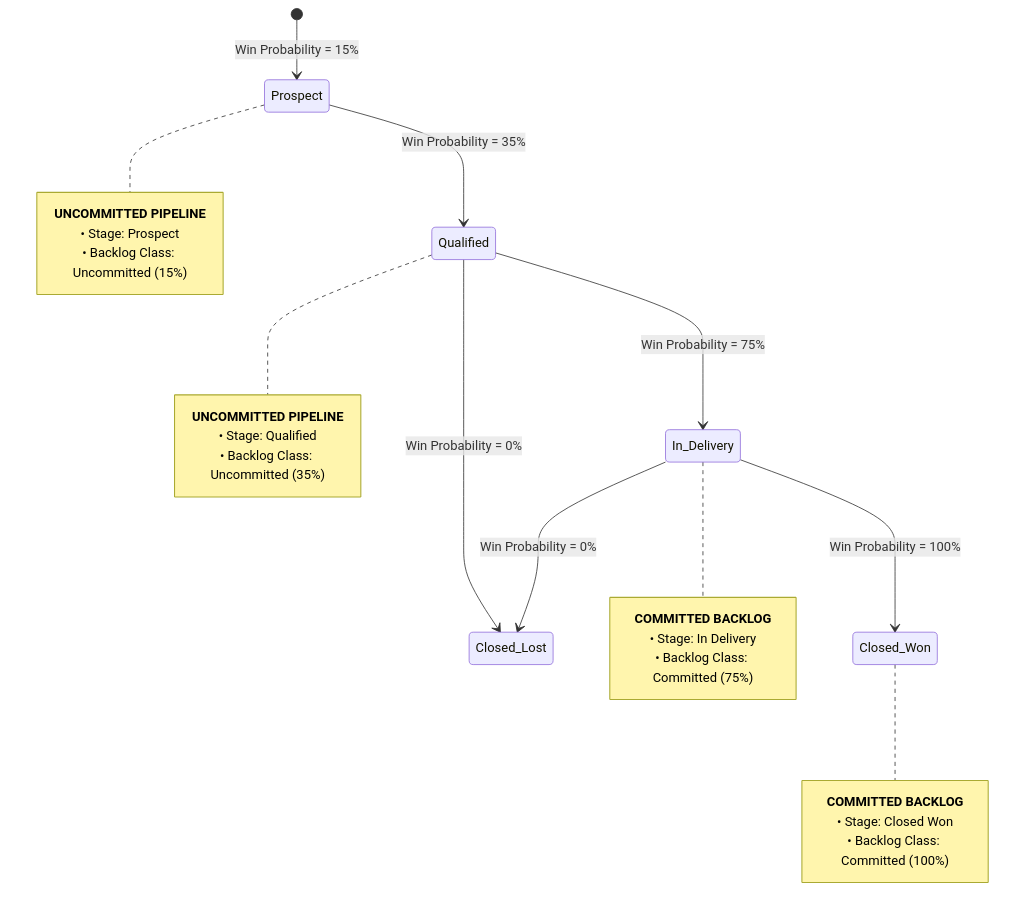
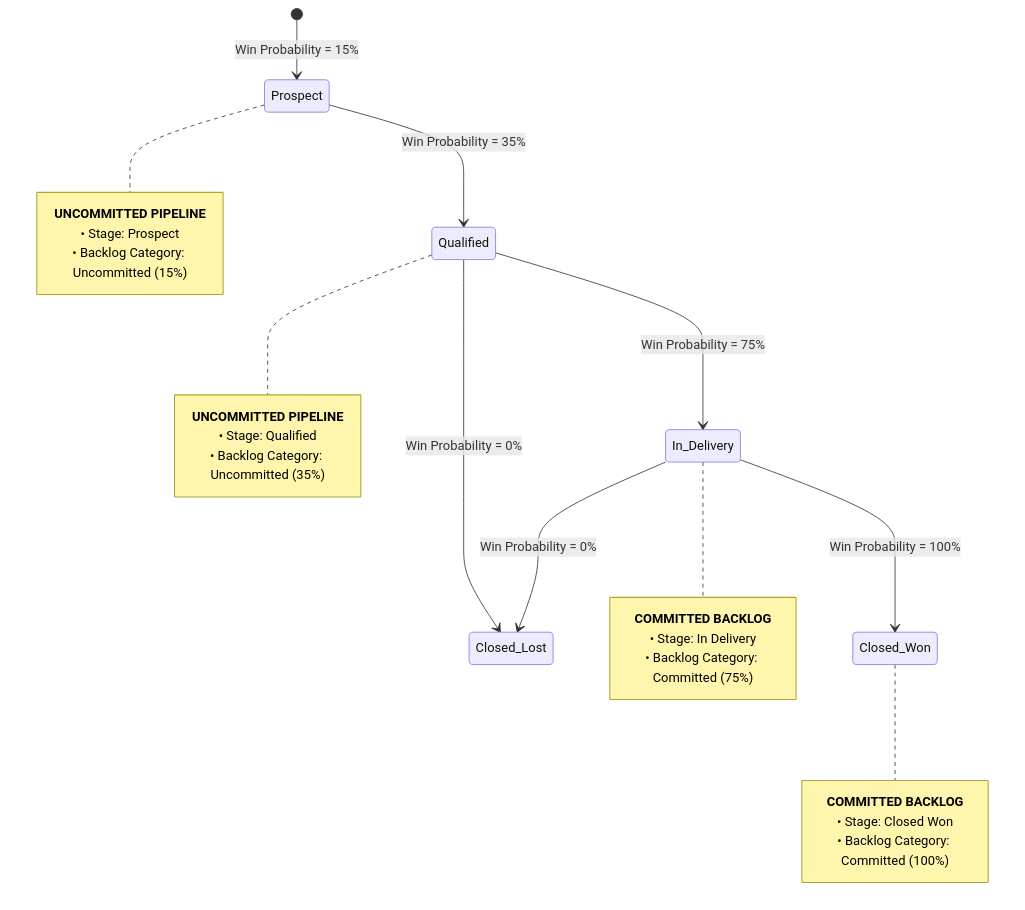
One commit to VED-VIVEK-TALMALEY/x-fin changed the seventh of 9 diagrams in README.md. Above: the diagram before and after it, drawn with Mermaid. The commit also changed other lines of this file and 8 other files, not shown here.

````diff
--- a/README.md
+++ b/README.md
@@ -348,33 +457,33 @@
 ```mermaid
 stateDiagram-v2
     [*] --> Prospect : Win Probability = 15%
     Prospect --> Qualified : Win Probability = 35%
     Qualified --> In_Delivery : Win Probability = 75%
     Qualified --> Closed_Lost : Win Probability = 0%
     In_Delivery --> Closed_Won : Win Probability = 100%
     In_Delivery --> Closed_Lost : Win Probability = 0%
 
     note right of Prospect
         <b>UNCOMMITTED PIPELINE</b>
         • Stage: Prospect
-        • Backlog Class: Uncommitted (15%)
+        • Backlog Category: Uncommitted (15%)
     end note
 
     note right of Qualified
         <b>UNCOMMITTED PIPELINE</b>
         • Stage: Qualified
-        • Backlog Class: Uncommitted (35%)
+        • Backlog Category: Uncommitted (35%)
     end note
 
     note right of In_Delivery
         <b>COMMITTED BACKLOG</b>
         • Stage: In Delivery
-        • Backlog Class: Committed (75%)
+        • Backlog Category: Committed (75%)
     end note
 
     note right of Closed_Won
         <b>COMMITTED BACKLOG</b>
         • Stage: Closed Won
-        • Backlog Class: Committed (100%)
+        • Backlog Category: Committed (100%)
     end note
 ```
````
